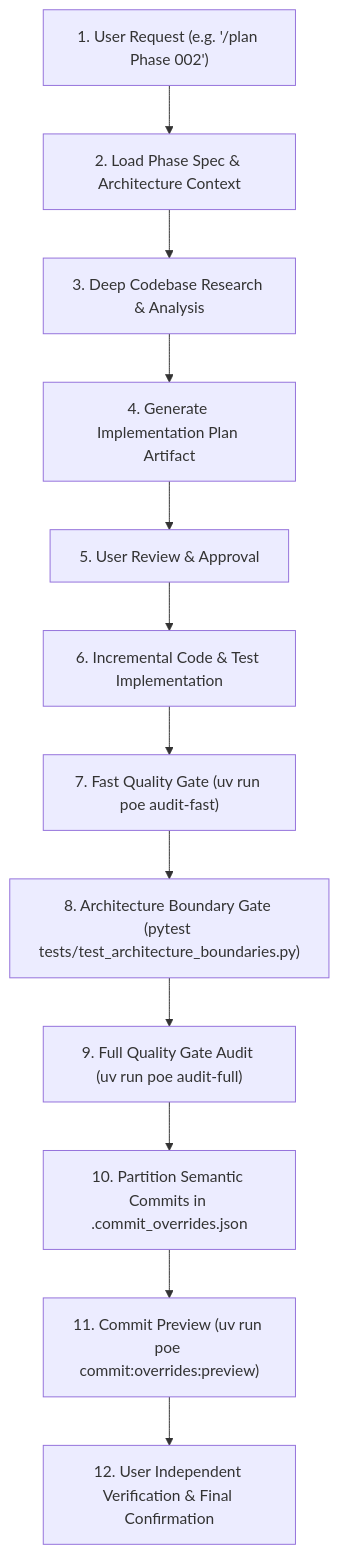
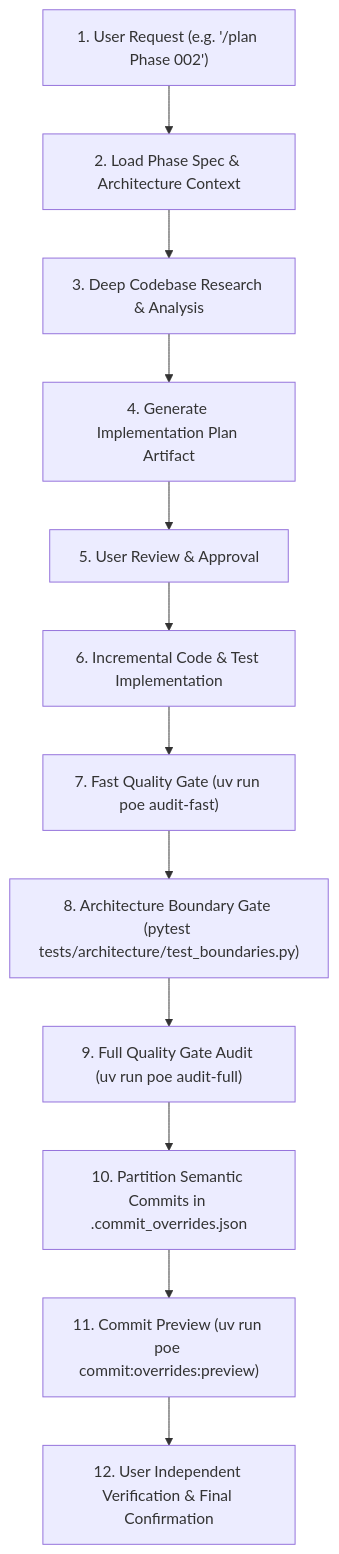
One commit to tks18/personal-finance-etl changed the diagram in .agents/skills/pfetl-grand-refactor/SKILL.md. Above: the diagram before and after it, drawn with Mermaid. The commit also changed other lines of this file and 2 other files, not shown here.

````diff
--- a/.agents/skills/pfetl-grand-refactor/SKILL.md
+++ b/.agents/skills/pfetl-grand-refactor/SKILL.md
@@ -29,14 +29,14 @@
 ```mermaid
 flowchart TD
     A["1. User Request (e.g. '/plan Phase 002')"] --> B["2. Load Phase Spec & Architecture Context"]
     B --> C["3. Deep Codebase Research & Analysis"]
     C --> D["4. Generate Implementation Plan Artifact"]
     D --> E["5. User Review & Approval"]
     E --> F["6. Incremental Code & Test Implementation"]
     F --> G["7. Fast Quality Gate (uv run poe audit-fast)"]
-    G --> H["8. Architecture Boundary Gate (pytest tests/test_architecture_boundaries.py)"]
+    G --> H["8. Architecture Boundary Gate (pytest tests/architecture/test_boundaries.py)"]
     H --> I["9. Full Quality Gate Audit (uv run poe audit-full)"]
     I --> J["10. Partition Semantic Commits in .commit_overrides.json"]
     J --> K["11. Commit Preview (uv run poe commit:overrides:preview)"]
     K --> L["12. User Independent Verification & Final Confirmation"]
 ```
````
